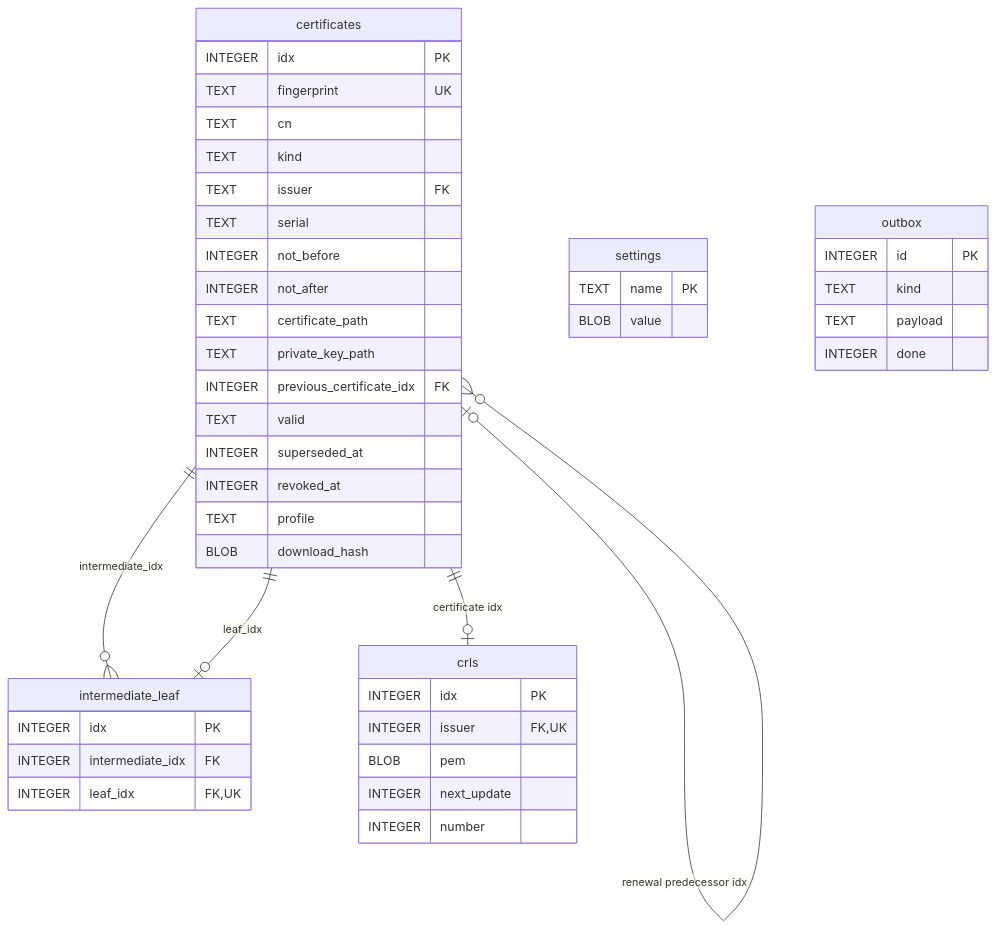
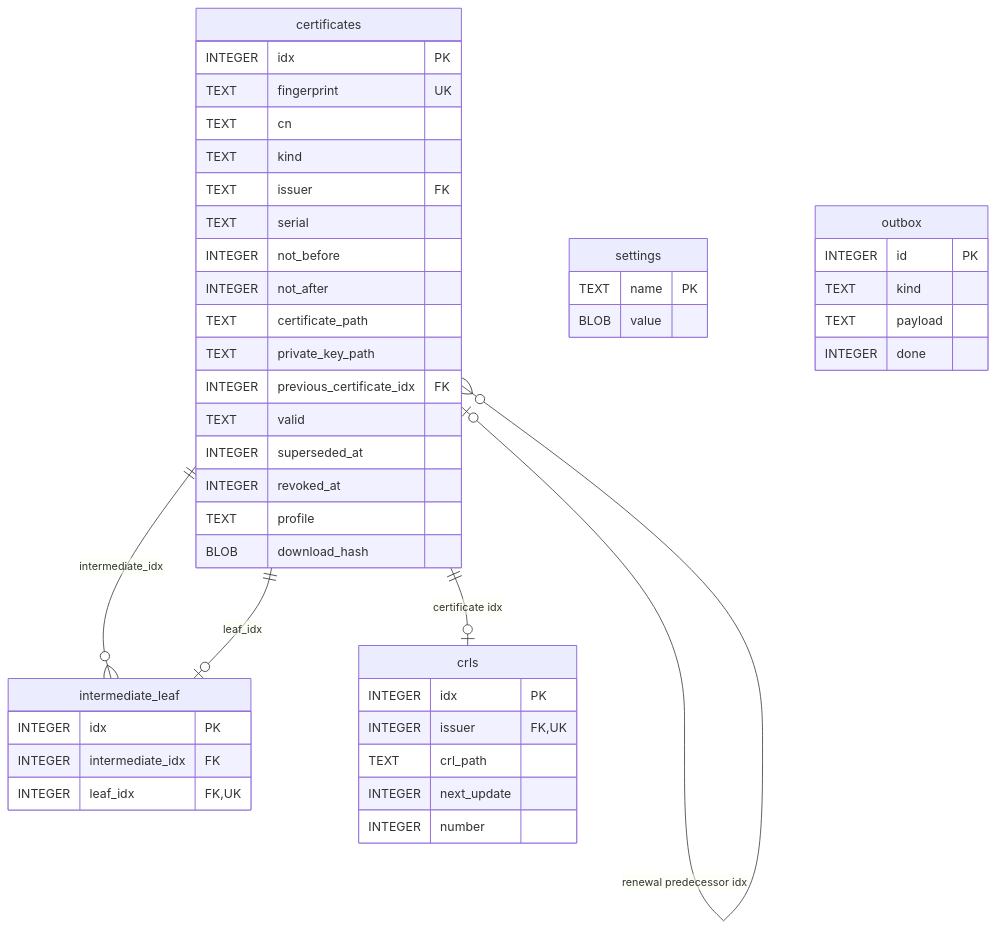
The first of 2 diagrams in DDL.md (pregene/autobricks-pki), drawn with Mermaid before and after one commit. The commit also changed other lines of this file and 25 other files, not shown here.

````diff
--- a/DDL.md
+++ b/DDL.md
@@ -81,48 +81,48 @@
 ```mermaid
 erDiagram
     certificates ||--o{ certificates : "issuer fingerprint"
     certificates o|--o{ certificates : "renewal predecessor idx"
     certificates ||--o{ intermediate_leaf : intermediate_idx
     certificates ||--o| intermediate_leaf : leaf_idx
     certificates ||--o| crls : "certificate idx"
     certificates {
         INTEGER idx PK
         TEXT fingerprint UK
         TEXT cn
         TEXT kind
         TEXT issuer FK
         TEXT serial
         INTEGER not_before
         INTEGER not_after
         TEXT certificate_path
         TEXT private_key_path
         INTEGER previous_certificate_idx FK
         TEXT valid
         INTEGER superseded_at
         INTEGER revoked_at
         TEXT profile
         BLOB download_hash
     }
     intermediate_leaf {
         INTEGER idx PK
         INTEGER intermediate_idx FK
         INTEGER leaf_idx FK,UK
     }
     crls {
         INTEGER idx PK
         INTEGER issuer FK,UK
-        BLOB pem
+        TEXT crl_path
         INTEGER next_update
         INTEGER number
     }
     settings {
         TEXT name PK
         BLOB value
     }
     outbox {
         INTEGER id PK
         TEXT kind
         TEXT payload
         INTEGER done
     }
 ```
````
